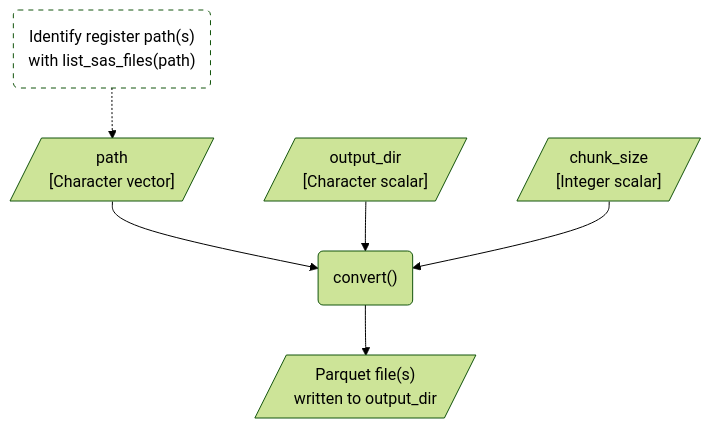
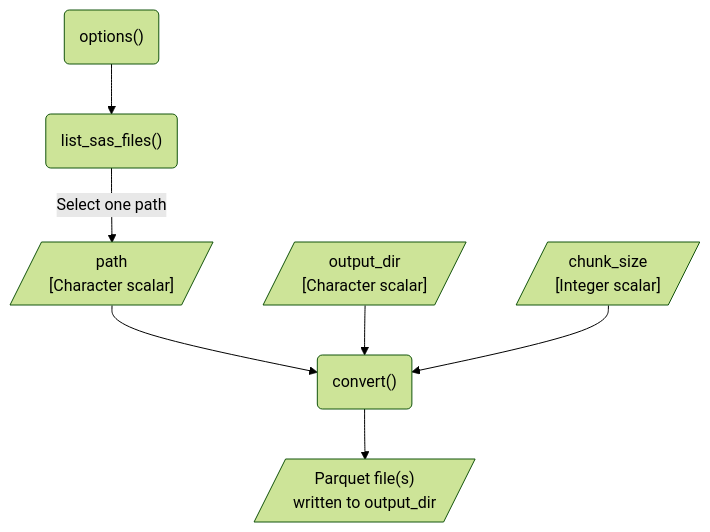
The first of 3 diagrams in articles/design.md (dp-next/registers2parquet), drawn with Mermaid (forest theme) before and after one commit. The commit also changed other lines of this file and 28 other files, not shown here.

````diff
--- a/articles/design.md
+++ b/articles/design.md
@@ -64,17 +84,15 @@
 ``` mermaid
 flowchart TD
-    identify_paths("Identify register path(s)<br>with list_sas_files(path)")
-    path[/"path<br>[Character vector]"/]
+    opts_project_dir("options()")
+    list_sas_files("list_sas_files()")
+    path[/"path<br>[Character scalar]"/]
     output_dir[/"output_dir<br>[Character scalar]"/]
     chunk_size[/"chunk_size<br>[Integer scalar]"/]
     convert("convert()")
     output[/"Parquet file(s)<br>written to output_dir"/]
 
     %% Edges
-    identify_paths -.-> path --> convert
+    opts_project_dir --> list_sas_files -->|Select one path| path --> convert
     output_dir & chunk_size --> convert
     convert --> output
-
-    %% Style
-    style identify_paths fill:#FFFFFF, color:#000000, stroke-dasharray: 5 5
 ```
````
